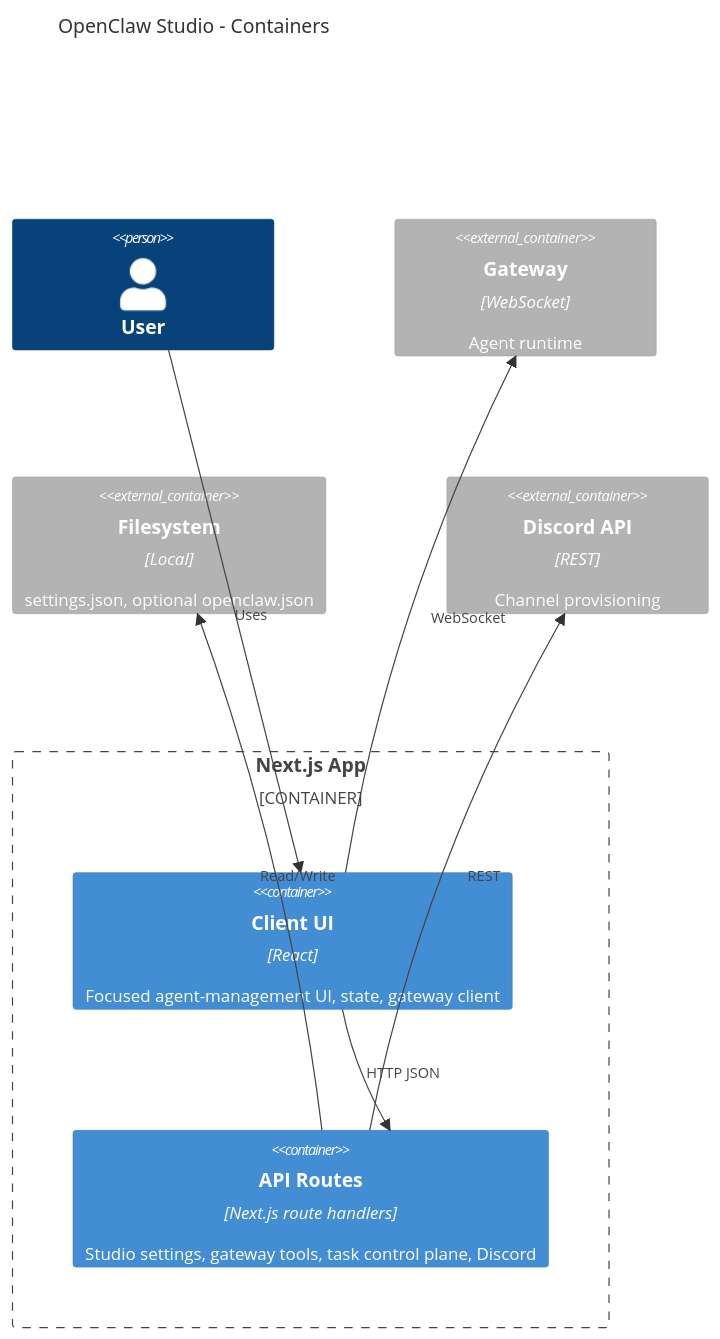
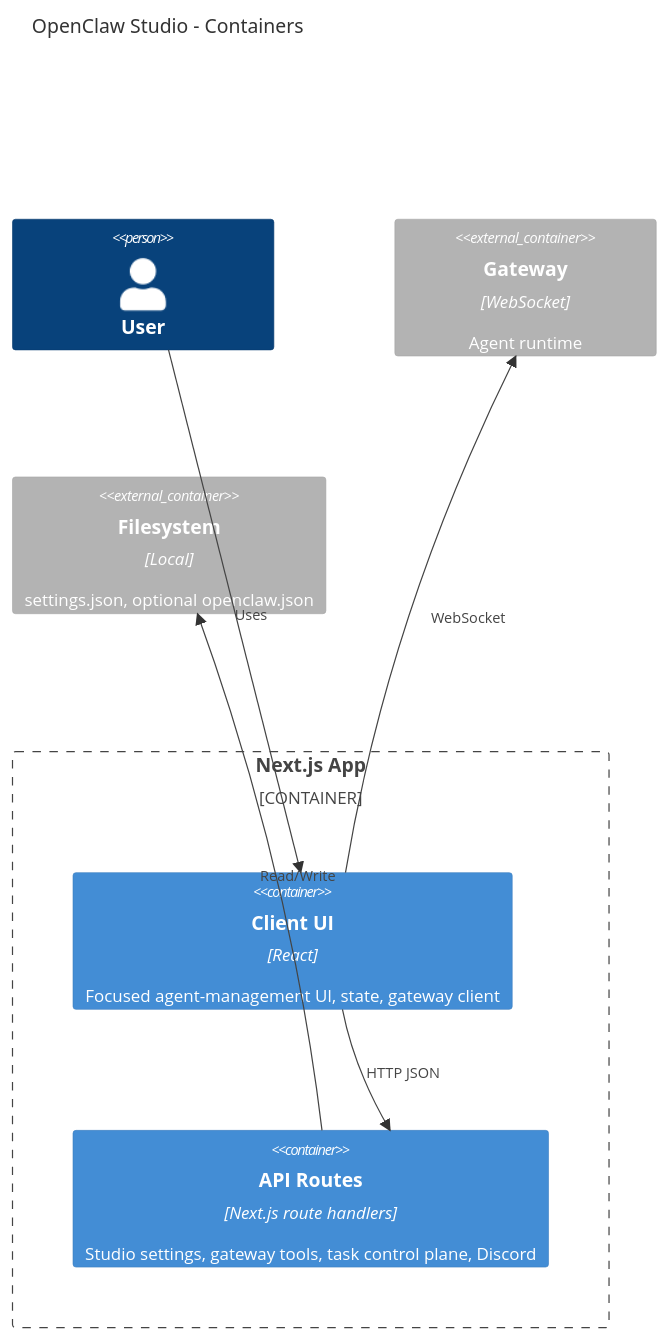
One commit to MichelCaini/openclaw-studio changed the second of 2 diagrams in ARCHITECTURE.md. Above: the diagram before and after it, drawn with Mermaid. The commit also changed other lines of this file and 6 other files, not shown here.

Commit message:
refactor: remove unused discord provisioning

````diff
--- a/ARCHITECTURE.md
+++ b/ARCHITECTURE.md
@@ -145,20 +140,18 @@
 ```mermaid
 C4Container
   title OpenClaw Studio - Containers
   Person(user, "User")
 
   Container_Boundary(app, "Next.js App") {
     Container(client, "Client UI", "React", "Focused agent-management UI, state, gateway client")
     Container(api, "API Routes", "Next.js route handlers", "Studio settings, gateway tools, task control plane, Discord")
   }
 
   Container_Ext(gateway, "Gateway", "WebSocket", "Agent runtime")
   Container_Ext(fs, "Filesystem", "Local", "settings.json, optional openclaw.json")
-  Container_Ext(discord, "Discord API", "REST", "Channel provisioning")
 
   Rel(user, client, "Uses")
   Rel(client, api, "HTTP JSON")
   Rel(client, gateway, "WebSocket")
   Rel(api, fs, "Read/Write")
-  Rel(api, discord, "REST")
 ```
````
